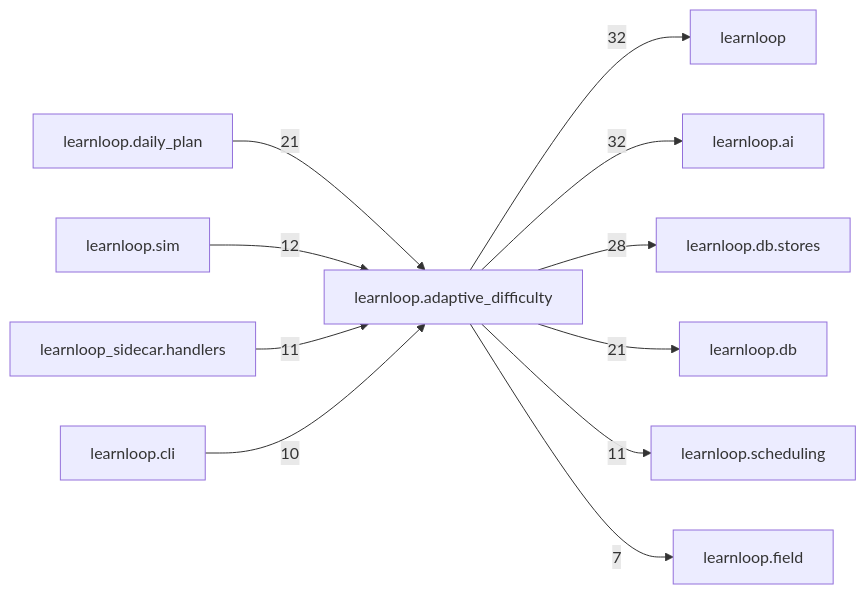
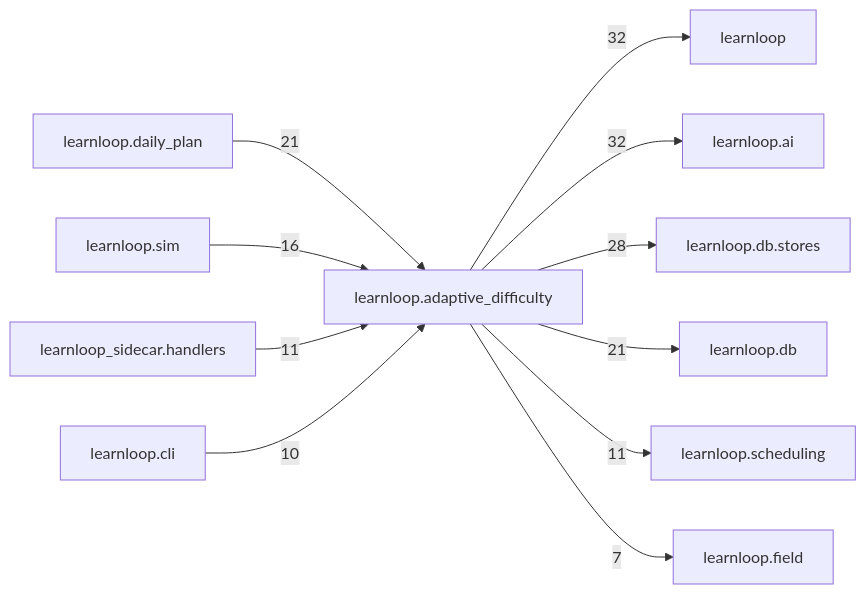
The diagram in docs/learnloop-architecture-vault/Reference/Modules/learnloop/adaptive_difficulty/_package.md (6up-b/learnanything), drawn with Mermaid before and after one commit. The commit also changed other lines of this file and 49 other files, not shown here.

````diff
--- a/docs/learnloop-architecture-vault/Reference/Modules/learnloop/adaptive_difficulty/_package.md
+++ b/docs/learnloop-architecture-vault/Reference/Modules/learnloop/adaptive_difficulty/_package.md
@@ -181,24 +181,24 @@
 ```mermaid
 flowchart LR
     center["learnloop.adaptive_difficulty"]
     n_learnloop["learnloop"]
     n_learnloop_ai["learnloop.ai"]
     n_learnloop_db_stores["learnloop.db.stores"]
     n_learnloop_daily_plan["learnloop.daily_plan"]
     n_learnloop_db["learnloop.db"]
     n_learnloop_sim["learnloop.sim"]
     n_learnloop_scheduling["learnloop.scheduling"]
     n_learnloop_sidecar_handlers["learnloop_sidecar.handlers"]
     n_learnloop_cli["learnloop.cli"]
     n_learnloop_field["learnloop.field"]
     center -->|32| n_learnloop
     center -->|32| n_learnloop_ai
     center -->|28| n_learnloop_db_stores
     n_learnloop_daily_plan -->|21| center
     center -->|21| n_learnloop_db
-    n_learnloop_sim -->|12| center
+    n_learnloop_sim -->|16| center
     center -->|11| n_learnloop_scheduling
     n_learnloop_sidecar_handlers -->|11| center
     n_learnloop_cli -->|10| center
     center -->|7| n_learnloop_field
 ```
````
